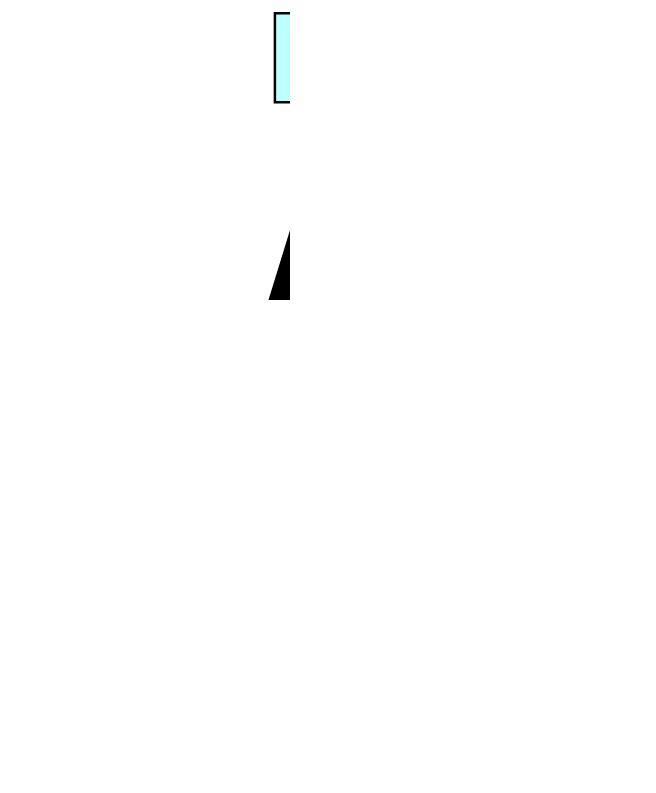
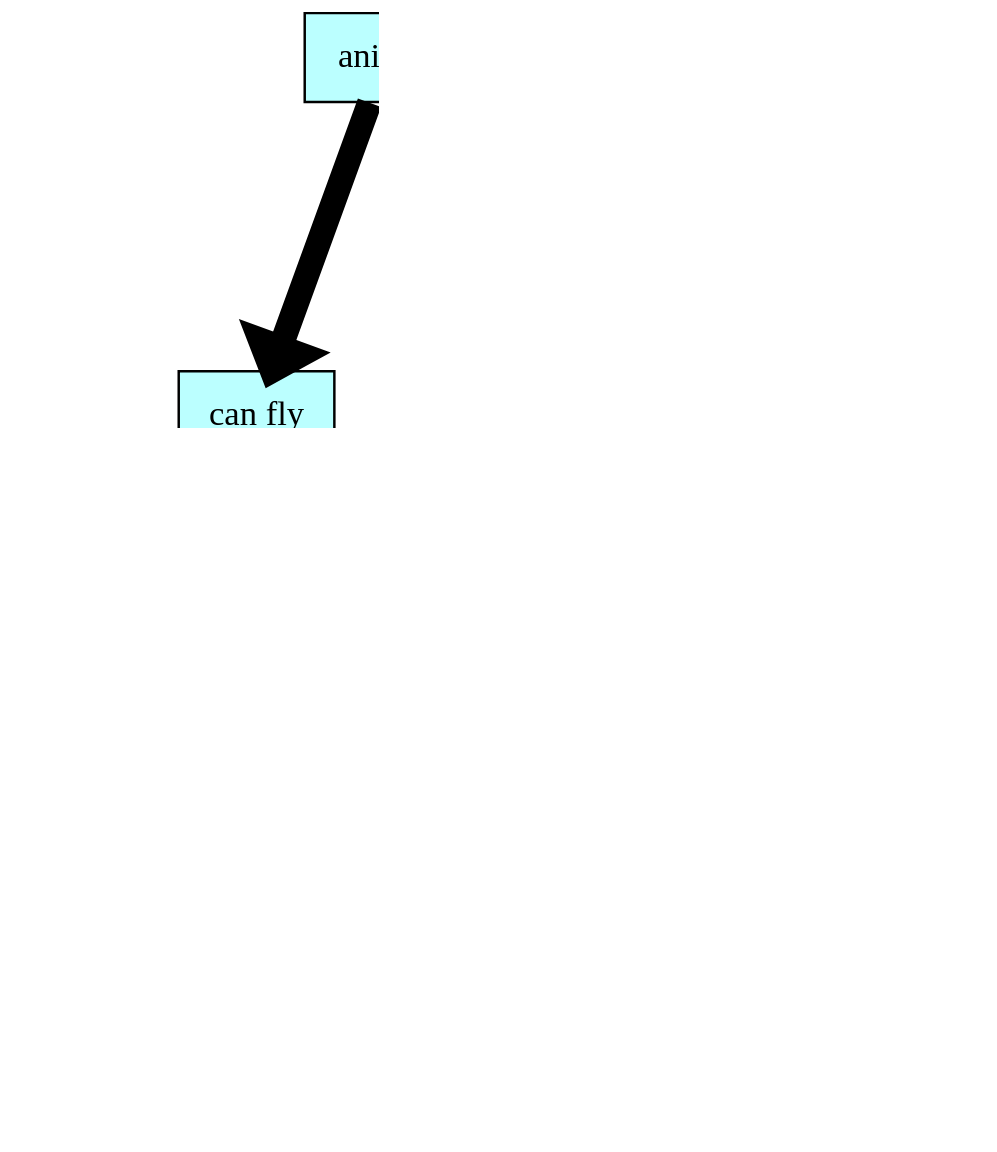
Before and after one commit to Troll0ton/Akinator3000: the diagram in dump/list_graph.dot, drawn with Graphviz. The commit also changed 24 other files, not shown here.

```diff
--- a/dump/list_graph.dot
+++ b/dump/list_graph.dot
@@ -1,26 +1,38 @@
 digraph structs {    
 rankdir = TB;        
 graph [dpi = 200];   
 ranksep = 1.5;       
 edge[penwidth = 10]; 
 cell0 [style = filled, color = black, fillcolor = paleturquoise1,
 shape=record,label = " { <ptr> animal} " ];                         
 cell1 [style = filled, color = black, fillcolor = paleturquoise1,
 shape=record,label = " { <ptr> can fly} " ];                         
 cell2 [style = filled, color = black, fillcolor = paleturquoise1,
 shape=record,label = " { <ptr> bird} " ];                         
 cell3 [style = filled, color = black, fillcolor = paleturquoise1,
 shape=record,label = " { <ptr> cat} " ];                         
 cell4 [style = filled, color = black, fillcolor = paleturquoise1,
 shape=record,label = " { <ptr> can float} " ];                         
 cell5 [style = filled, color = black, fillcolor = paleturquoise1,
+shape=record,label = " { <ptr> alive and alive} " ];                         
+cell6 [style = filled, color = black, fillcolor = paleturquoise1,
+shape=record,label = " { <ptr> fish} " ];                         
+cell7 [style = filled, color = black, fillcolor = paleturquoise1,
 shape=record,label = " { <ptr> boat} " ];                         
-cell6 [style = filled, color = black, fillcolor = paleturquoise1,
+cell8 [style = filled, color = black, fillcolor = paleturquoise1,
+shape=record,label = " { <ptr> plane} " ];                         
+cell9 [style = filled, color = black, fillcolor = paleturquoise1,
+shape=record,label = " { <ptr> fly in sky} " ];                         
+cell10 [style = filled, color = black, fillcolor = paleturquoise1,
 shape=record,label = " { <ptr> car} " ];                         
 cell0 -> cell1;
 cell1 -> cell2;
 cell1 -> cell3;
 cell0 -> cell4;
 cell4 -> cell5;
-cell4 -> cell6;
+cell5 -> cell6;
+cell5 -> cell7;
+cell4 -> cell8;
+cell8 -> cell9;
+cell8 -> cell10;
 }
```
